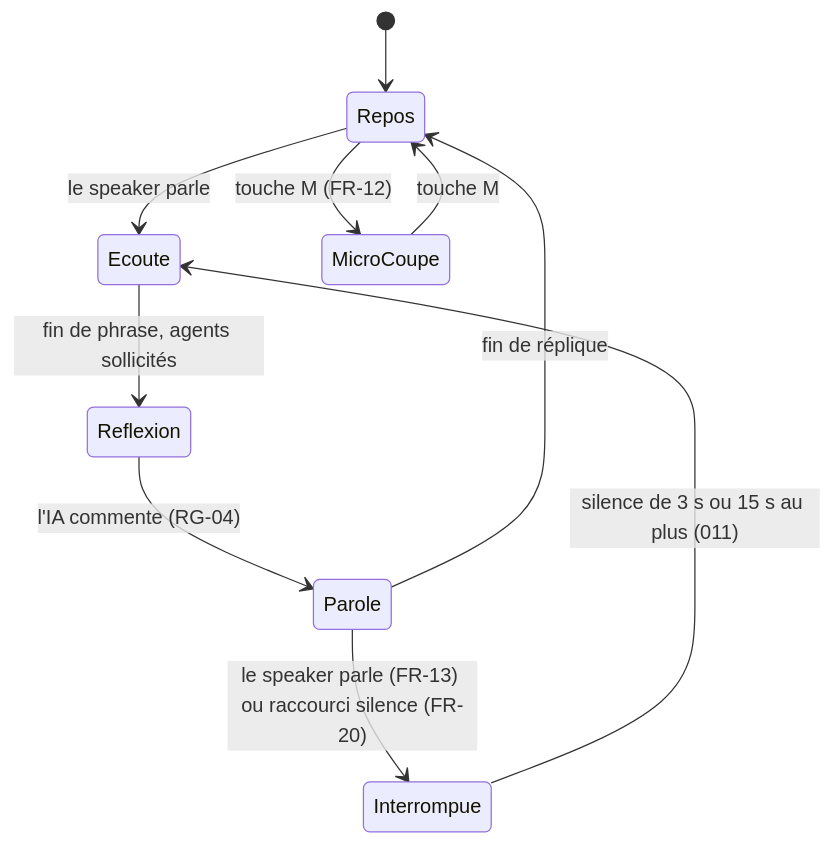
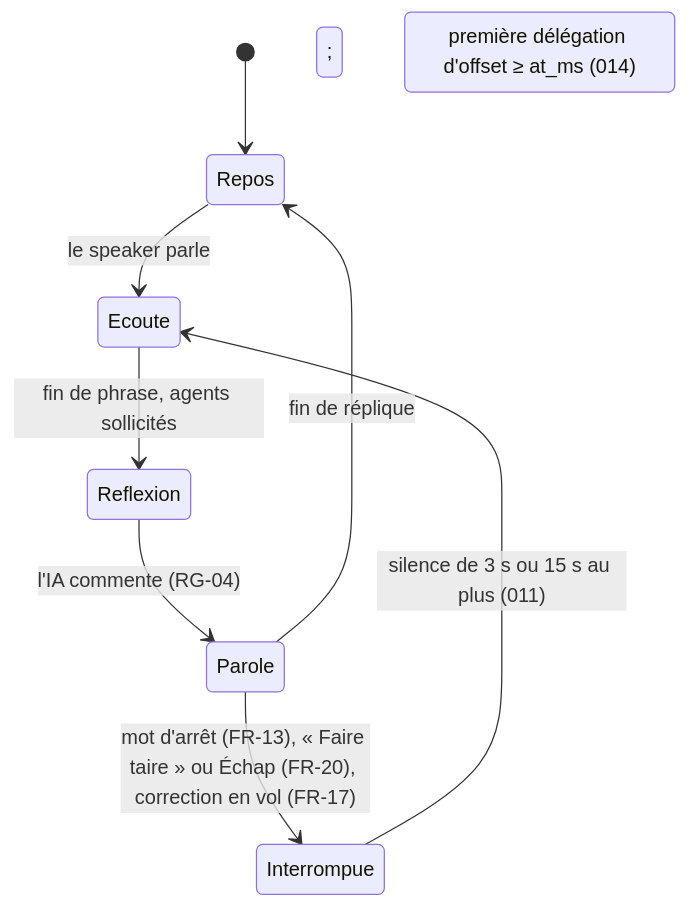
One commit to b-fontaine/ai_voice_ui changed the diagram in product/functional/screen.md. Above: the diagram before and after it, drawn with Mermaid. The commit also changed other lines of this file and 22 other files, not shown here.

Commit message:
docs(014): clôture — documents product/ (pdr-0076 D5-D6, FR-12/14/17/20, voice-interruption, app-channel, écran, Gherkin 014, roadmap)

````diff
--- a/product/functional/screen.md
+++ b/product/functional/screen.md
@@ -92,12 +104,10 @@
 ```mermaid
 stateDiagram-v2
     [*] --> Repos
     Repos --> Ecoute : le speaker parle
     Ecoute --> Reflexion : fin de phrase, agents sollicités
     Reflexion --> Parole : l'IA commente (RG-04)
-    Parole --> Interrompue : le speaker parle (FR-13) ou raccourci silence (FR-20)
-    Interrompue --> Ecoute : silence de 3 s ou 15 s au plus (011)
+    Parole --> Interrompue : mot d'arrêt (FR-13), « Faire taire » ou Échap (FR-20), correction en vol (FR-17)
+    Interrompue --> Ecoute : silence de 3 s ou 15 s au plus (011) ; correction : première délégation d'offset ≥ at_ms (014)
     Parole --> Repos : fin de réplique
-    Repos --> MicroCoupe : touche M (FR-12)
-    MicroCoupe --> Repos : touche M
 ```
````
